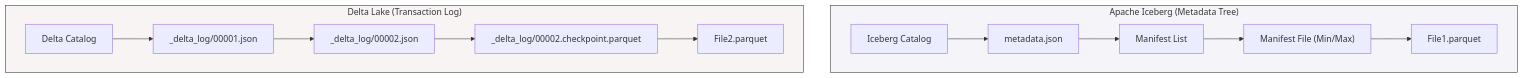
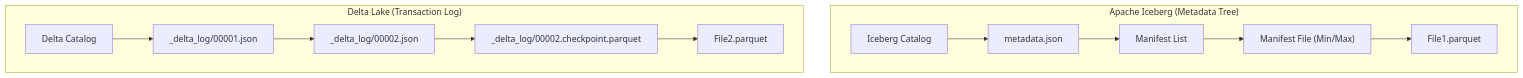
The diagram in src/content/docs/concepts/3-storage-engines-formats/table-format.md (kythuatdulieu/kythuatdulieu.github.io), drawn with Mermaid before and after one commit. The commit also changed 682 other files, not shown here.

````diff
--- a/src/content/docs/concepts/3-storage-engines-formats/table-format.md
+++ b/src/content/docs/concepts/3-storage-engines-formats/table-format.md
@@ -36,19 +36,18 @@
 ```mermaid
 graph TD
     subgraph Iceberg_Architecture ["Apache Iceberg (Metadata Tree)"]
         C1["Iceberg Catalog"] --> M1["metadata.json"]
         M1 --> ML1["Manifest List"]
         ML1 --> MF1["Manifest File (Min/Max)"]
         MF1 --> P1["File1.parquet"]
     end
 
     subgraph Delta_Architecture ["Delta Lake (Transaction Log)"]
         C2["Delta Catalog"] --> DL1["_delta_log/00001.json"]
         DL1 --> DL2["_delta_log/00002.json"]
         DL2 --> CP["_delta_log/00002.checkpoint.parquet"]
         CP --> P2["File2.parquet"]
     end
-    
-    style Iceberg_Architecture fill:#f4f4f9,stroke:#333
-    style Delta_Architecture fill:#f9f4f4,stroke:#333
+
+
 ```
````
